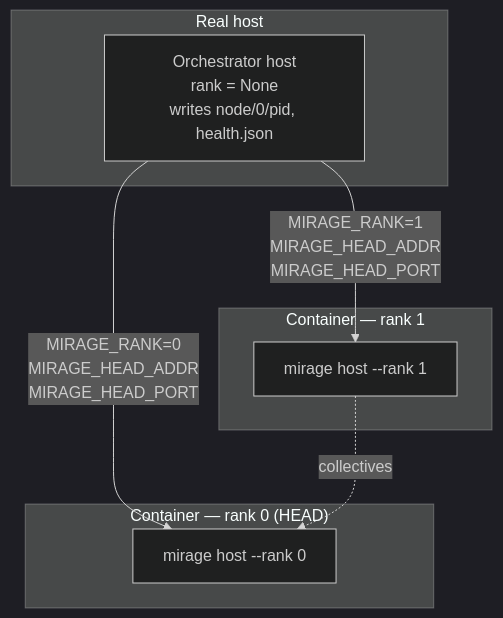
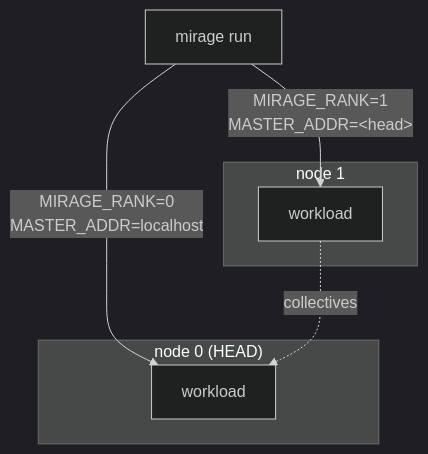
One commit to ROCm/rocm-systems changed diagram 12 of 14 in emulation/mirage/docs/demo-debugging-at-scale.md. Above: the diagram before and after it, drawn with Mermaid (dark theme). The commit also changed other lines of this file and 148 other files, not shown here.

````diff
--- a/emulation/mirage/docs/demo-debugging-at-scale.md
+++ b/emulation/mirage/docs/demo-debugging-at-scale.md
@@ -414,15 +415,13 @@
 ```mermaid
 flowchart TB
-    subgraph real["Real host"]
-      ORCH["Orchestrator host<br/>rank = None<br/>writes node/0/pid, health.json"]
+    RUN["mirage run"]
+    subgraph c0["node 0 (HEAD)"]
+      H0["workload"]
     end
-    subgraph c0["Container — rank 0 (HEAD)"]
-      H0["mirage host --rank 0"]
+    subgraph c1["node 1"]
+      H1["workload"]
     end
-    subgraph c1["Container — rank 1"]
-      H1["mirage host --rank 1"]
-    end
-    ORCH -->|"MIRAGE_RANK=0<br/>MIRAGE_HEAD_ADDR<br/>MIRAGE_HEAD_PORT"| H0
-    ORCH -->|"MIRAGE_RANK=1<br/>MIRAGE_HEAD_ADDR<br/>MIRAGE_HEAD_PORT"| H1
+    RUN -->|"MIRAGE_RANK=0<br/>MASTER_ADDR=localhost"| H0
+    RUN -->|"MIRAGE_RANK=1<br/>MASTER_ADDR=&lt;head&gt;"| H1
     H1 -.->|collectives| H0
 ```
````
